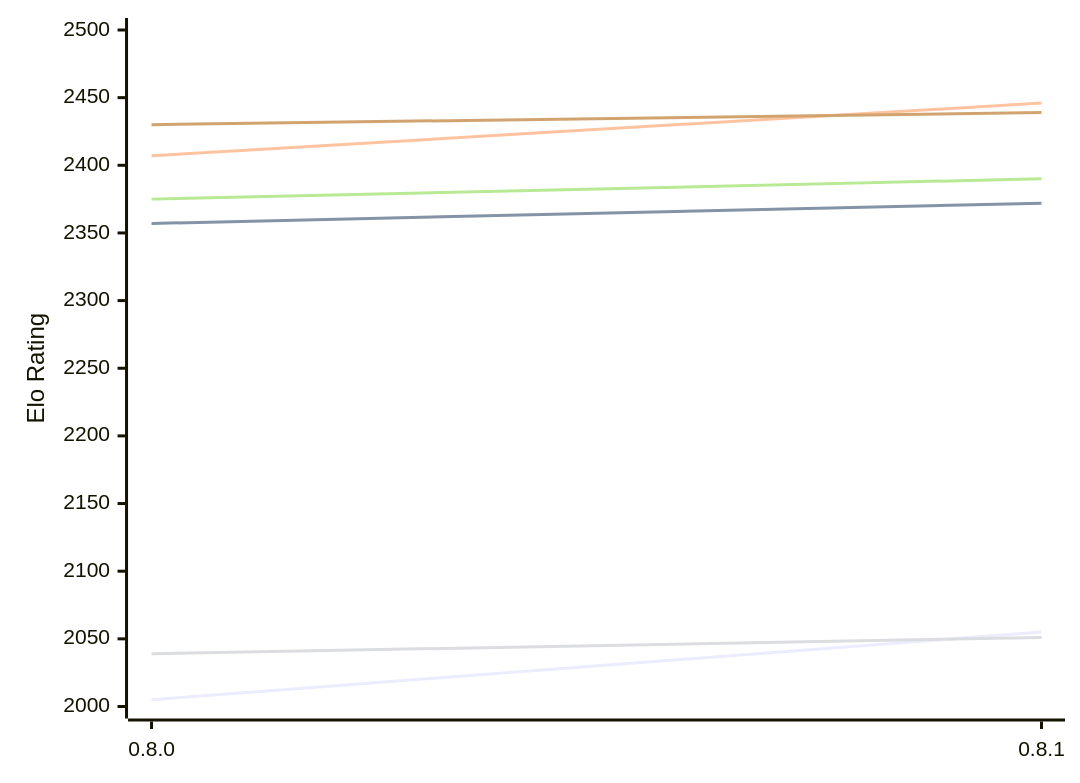
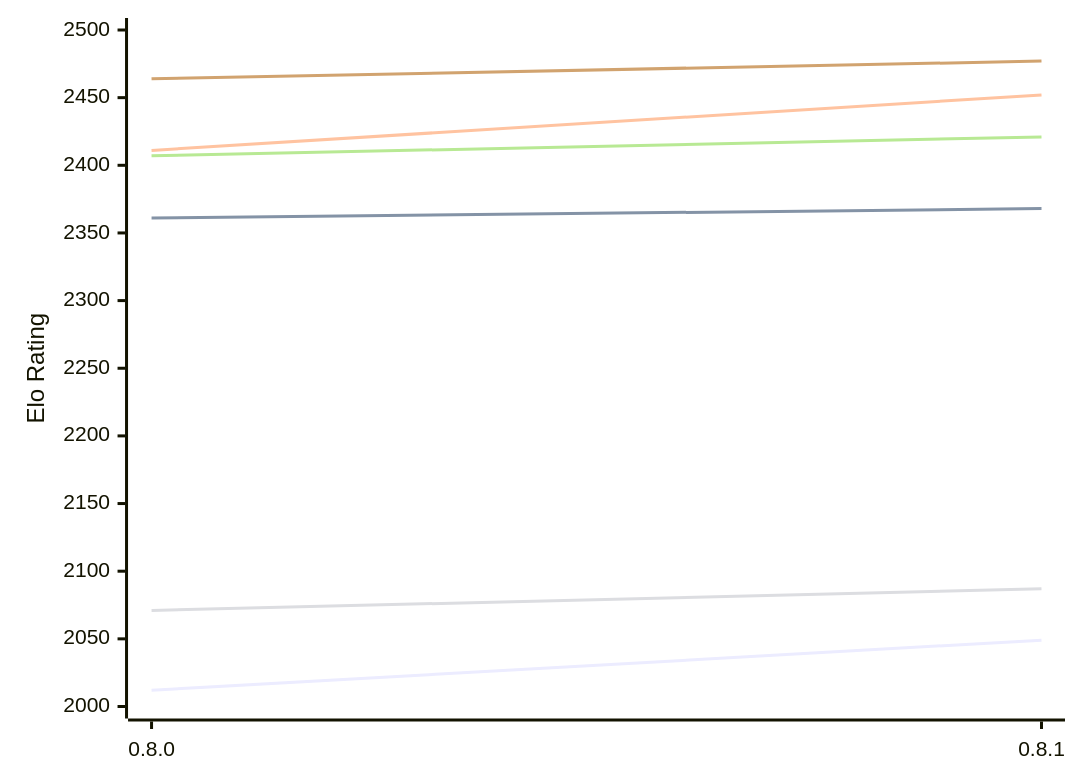
Before and after one commit to computer-chess-index/cci: the diagram in engines/LittleWing.md, drawn with Mermaid. The commit also changed other lines of this file, not shown here.

Commit message:
Update CCI Ratings (ELO VLTC) - 2026-11-01

````diff
--- a/engines/LittleWing.md
+++ b/engines/LittleWing.md
@@ -49,12 +49,12 @@
 ```mermaid
 %%{init: {"theme":"base","themeVariables":{"seriesColors:['#a3a3a3','#222221','#faa371']}}}%%
 xychart-beta
   x-axis ["0.8.0", "0.8.1"]
   y-axis "Elo Rating" 2000 --> 2500
-  line "E1: STC (8.0+0.08s)" [2005, 2055]
-  line "E1: LTC (60.0+0.60s)" [2357, 2372]
-  line "E1: VLTC (2m24s+1.12s)" [2407, 2446]
-  line "P1: STC (8.0+0.08s)" [2039, 2051]
-  line "P1: LTC (60.0+0.60s)" [2375, 2390]
-  line "P1: VLTC (2m24s+1.12s)" [2430, 2439]
+  line "E1: STC (8.0+0.08s)" [2012, 2049]
+  line "E1: LTC (60.0+0.60s)" [2361, 2368]
+  line "E1: VLTC (2m24s+1.12s)" [2411, 2452]
+  line "P1: STC (8.0+0.08s)" [2071, 2087]
+  line "P1: LTC (60.0+0.60s)" [2407, 2421]
+  line "P1: VLTC (2m24s+1.12s)" [2464, 2477]
 ```
````
